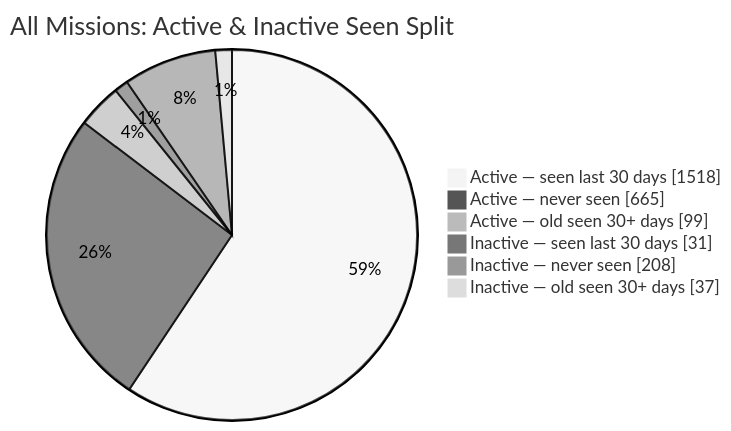
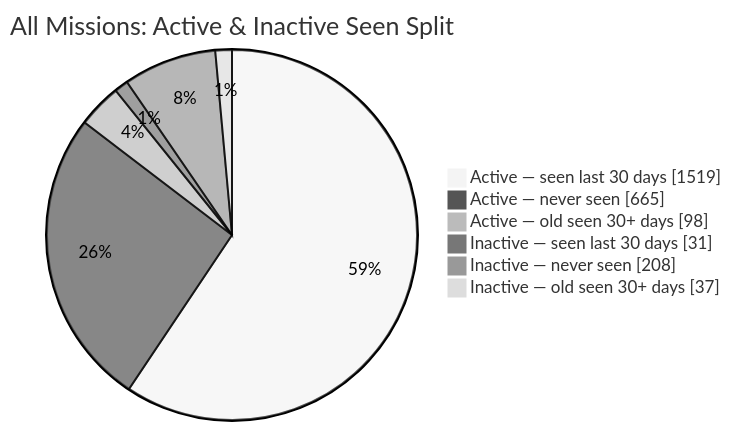
The second of 2 diagrams in README.md (MeldkamerspelGameTeam/active-missions), drawn with Mermaid (neutral theme) before and after one commit. The commit also changed other lines of this file and 2 other files, not shown here.

````diff
--- a/README.md
+++ b/README.md
@@ -44,10 +44,10 @@
 ```mermaid
 pie showData
     title All Missions: Active & Inactive Seen Split
-    "Active — seen last 30 days" : 1518
+    "Active — seen last 30 days" : 1519
     "Active — never seen" : 665
-    "Active — old seen 30+ days" : 99
+    "Active — old seen 30+ days" : 98
     "Inactive — seen last 30 days" : 31
     "Inactive — never seen" : 208
     "Inactive — old seen 30+ days" : 37
 ```
````
